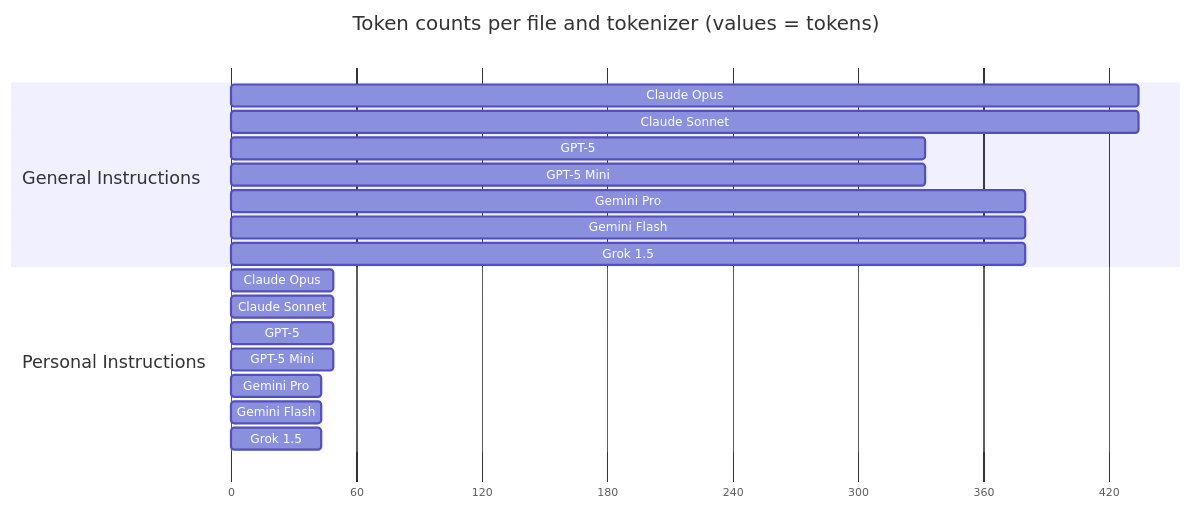
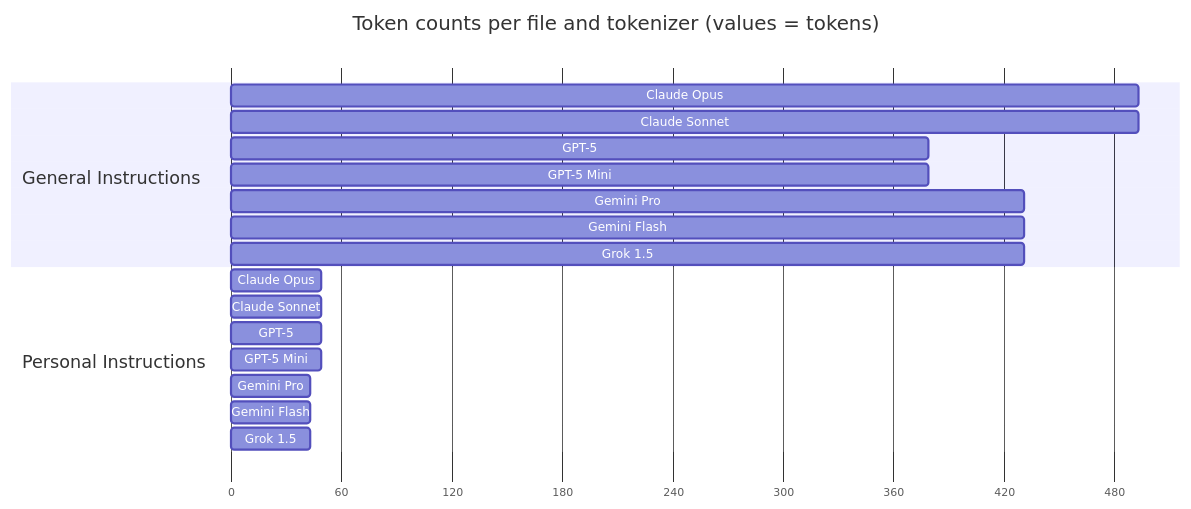
The diagram in README.md (vodkar/vscode-copilot-prompts), drawn with Mermaid before and after one commit. The commit also changed 2 other files, not shown here.

Commit message:
Updated token sizes

````diff
--- a/README.md
+++ b/README.md
@@ -28,26 +28,26 @@
 ```mermaid
 %%{init: {'gantt': {'leftPadding': 200, 'rightPadding': 75, 'topPadding': 75, 'fontSize': 11, 'sectionFontSize': 16}}}%%
 gantt
     title Token counts per file and tokenizer (values = tokens)
     dateFormat  X
     axisFormat  %s
 
     section General Instructions
-    Claude Opus    : 0, 434
-    Claude Sonnet  : 0, 434
-    GPT-5          : 0, 332
-    GPT-5 Mini     : 0, 332
-    Gemini Pro     : 0, 380
-    Gemini Flash   : 0, 380
-    Grok 1.5       : 0, 380
+    Claude Opus    : 0, 493
+    Claude Sonnet  : 0, 493
+    GPT-5          : 0, 379
+    GPT-5 Mini     : 0, 379
+    Gemini Pro     : 0, 431
+    Gemini Flash   : 0, 431
+    Grok 1.5       : 0, 431
 
     section Personal Instructions
     Claude Opus    : 0, 49
     Claude Sonnet  : 0, 49
     GPT-5          : 0, 49
     GPT-5 Mini     : 0, 49
     Gemini Pro     : 0, 43
     Gemini Flash   : 0, 43
     Grok 1.5       : 0, 43
 
 ```
````
